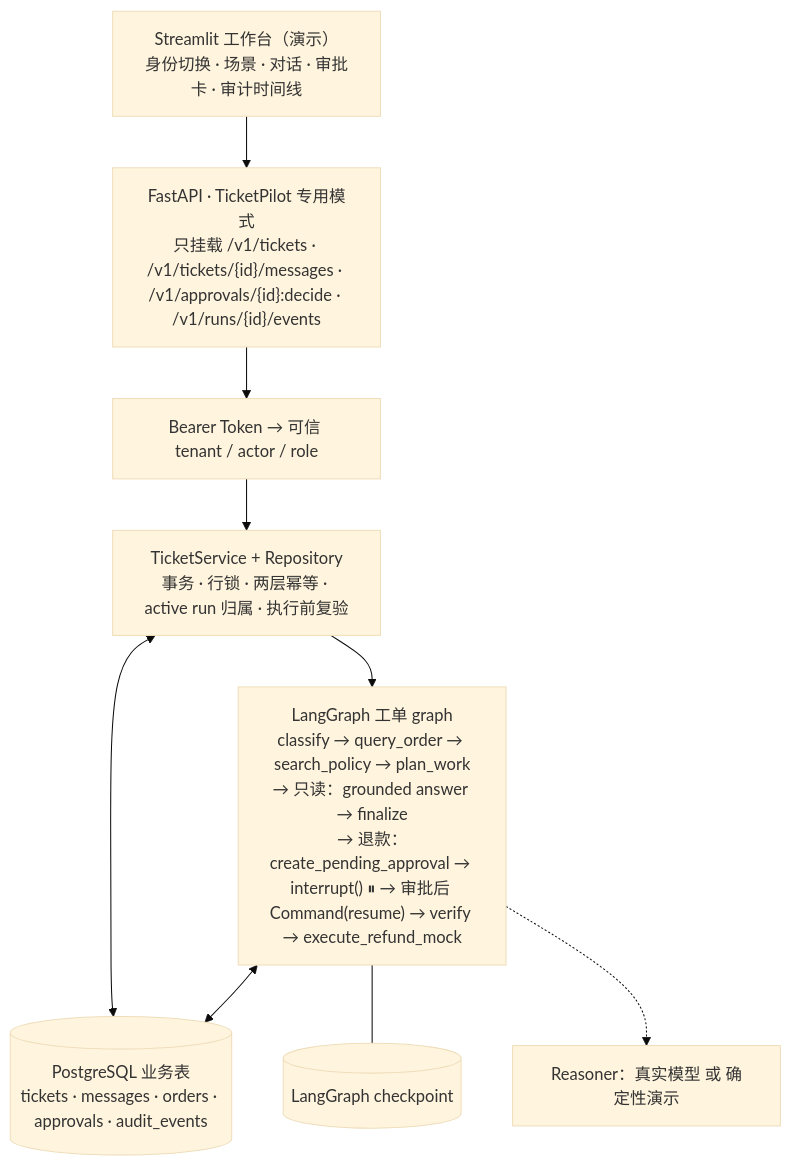
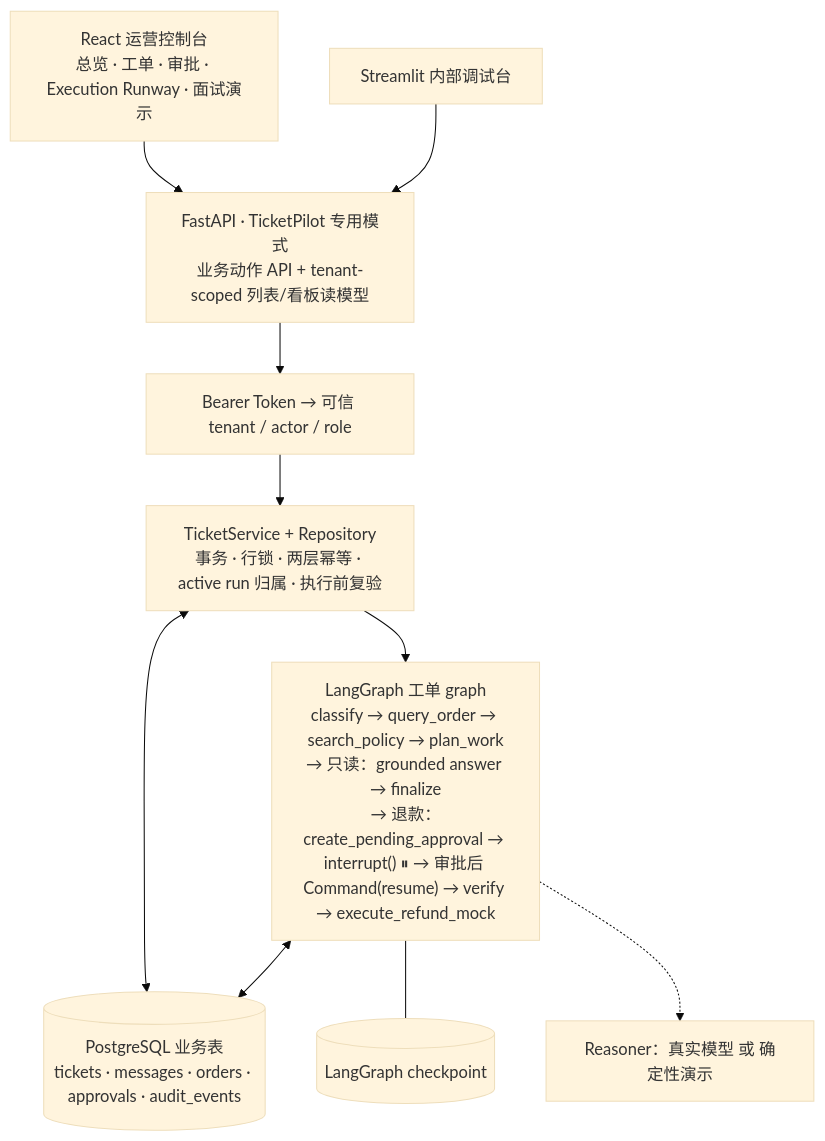
The first of 2 diagrams in README.zh-CN.md (FionnLeee/ticketpilot-agent), drawn with Mermaid (base theme) before and after one commit. The commit also changed other lines of this file and 97 other files, not shown here.

First line of the commit message:
Finalize TicketPilot MVP and public repository surface (#1)

````diff
--- a/README.zh-CN.md
+++ b/README.zh-CN.md
@@ -43,17 +45,19 @@
 ```mermaid
 flowchart TB
-    W["Streamlit 工作台（演示）<br/>身份切换 · 场景 · 对话 · 审批卡 · 审计时间线"]
-    API["FastAPI · TicketPilot 专用模式<br/>只挂载 /v1/tickets · /v1/tickets/{id}/messages · /v1/approvals/{id}:decide · /v1/runs/{id}/events"]
+    W["React 运营控制台<br/>总览 · 工单 · 审批 · Execution Runway · 面试演示"]
+    SW["Streamlit 内部调试台"]
+    API["FastAPI · TicketPilot 专用模式<br/>业务动作 API + tenant-scoped 列表/看板读模型"]
     P["Bearer Token → 可信 tenant / actor / role"]
     S["TicketService + Repository<br/>事务 · 行锁 · 两层幂等 · active run 归属 · 执行前复验"]
     DB[("PostgreSQL 业务表<br/>tickets · messages · orders · approvals · audit_events")]
     LG["LangGraph 工单 graph<br/>classify → query_order → search_policy → plan_work<br/>→ 只读：grounded answer → finalize<br/>→ 退款：create_pending_approval → interrupt() ⏸ → 审批后 Command(resume) → verify → execute_refund_mock"]
     CK[("LangGraph checkpoint")]
     M["Reasoner：真实模型 或 确定性演示"]
     W --> API --> P --> S
+    SW --> API
     S <--> DB
     S --> LG
     LG <--> DB
     LG --- CK
     LG -.-> M
 ```
````
